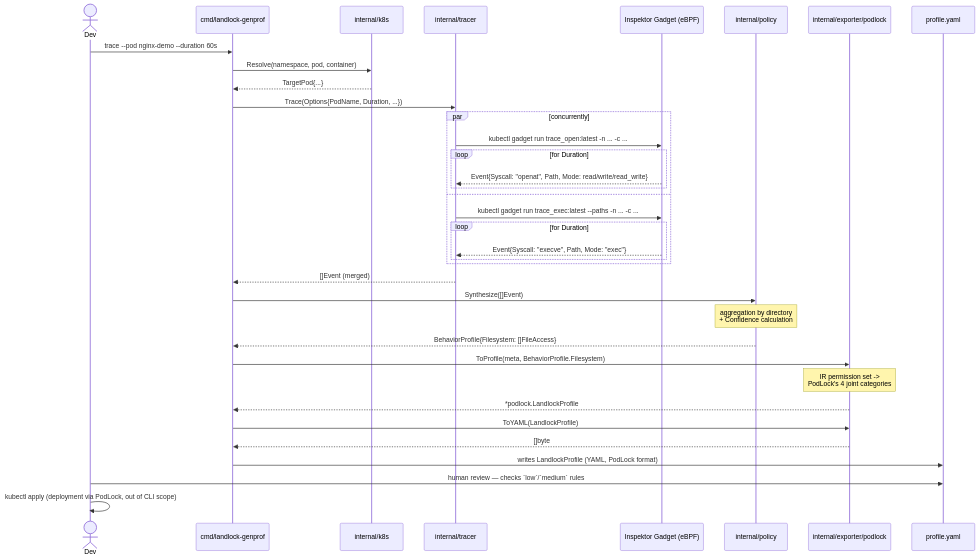
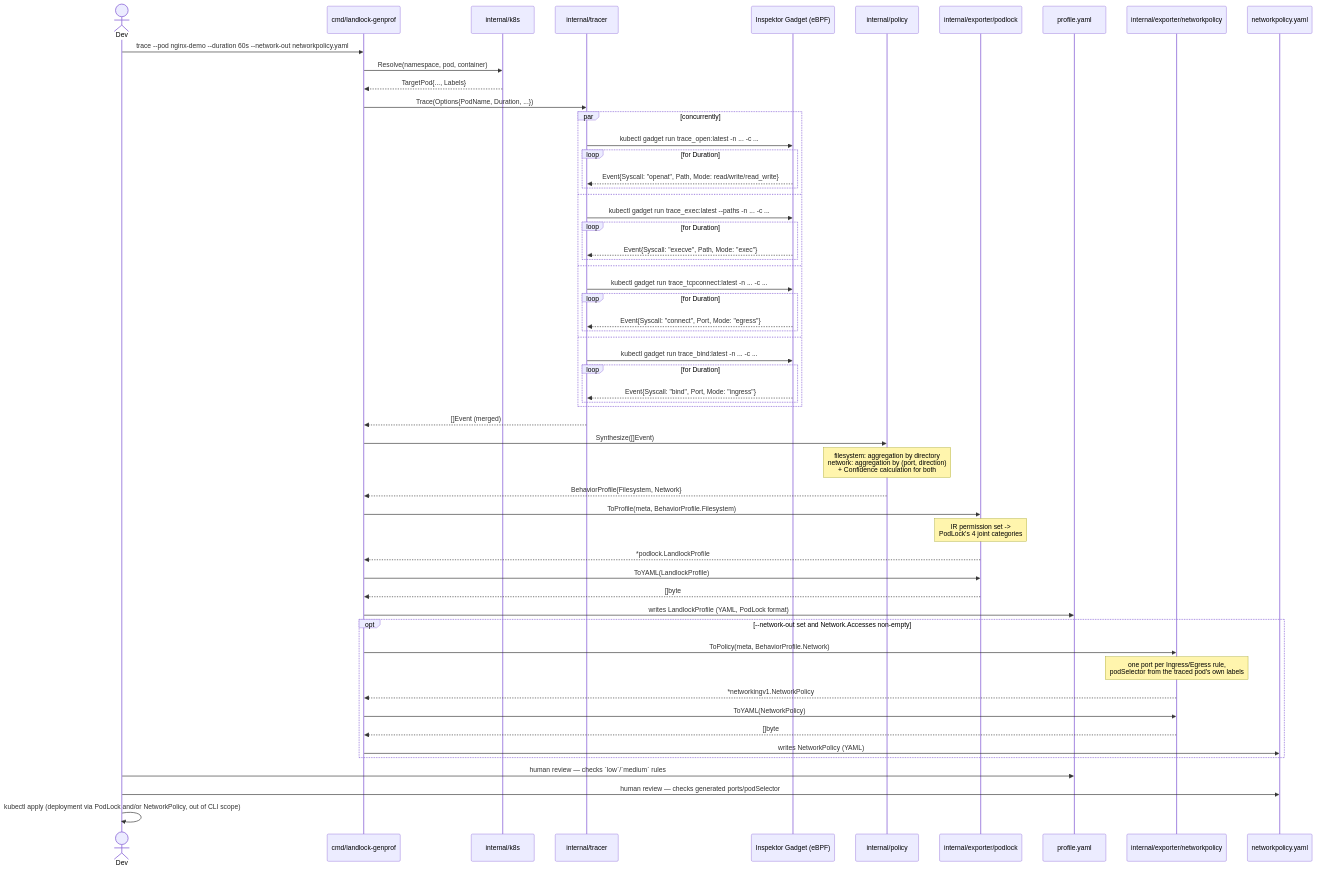
Before and after one commit to idriss-eliguene/landlock-genprof: the second of 3 diagrams in docs/architecture.md, drawn with Mermaid. The commit also changed other lines of this file and 13 other files, not shown here.

First line of the commit message:
feat(network): add trace_tcpconnect/trace_bind tracing and a NetworkPolicy exporter

````diff
--- a/docs/architecture.md
+++ b/docs/architecture.md
@@ -66,39 +76,60 @@
 ```mermaid
 sequenceDiagram
     actor Dev
     participant CLI as cmd/landlock-genprof
     participant K8s as internal/k8s
     participant Tracer as internal/tracer
     participant IG as Inspektor Gadget (eBPF)
     participant Policy as internal/policy
     participant Exp as internal/exporter/podlock
     participant FS as profile.yaml
+    participant NetExp as internal/exporter/networkpolicy
+    participant NetFS as networkpolicy.yaml
 
-    Dev->>CLI: trace --pod nginx-demo --duration 60s
+    Dev->>CLI: trace --pod nginx-demo --duration 60s --network-out networkpolicy.yaml
     CLI->>K8s: Resolve(namespace, pod, container)
-    K8s-->>CLI: TargetPod{...}
+    K8s-->>CLI: TargetPod{..., Labels}
     CLI->>Tracer: Trace(Options{PodName, Duration, ...})
     par concurrently
         Tracer->>IG: kubectl gadget run trace_open:latest -n ... -c ...
         loop for Duration
             IG-->>Tracer: Event{Syscall: "openat", Path, Mode: read/write/read_write}
         end
     and
         Tracer->>IG: kubectl gadget run trace_exec:latest --paths -n ... -c ...
         loop for Duration
             IG-->>Tracer: Event{Syscall: "execve", Path, Mode: "exec"}
         end
+    and
+        Tracer->>IG: kubectl gadget run trace_tcpconnect:latest -n ... -c ...
+        loop for Duration
+            IG-->>Tracer: Event{Syscall: "connect", Port, Mode: "egress"}
+        end
+    and
+        Tracer->>IG: kubectl gadget run trace_bind:latest -n ... -c ...
+        loop for Duration
+            IG-->>Tracer: Event{Syscall: "bind", Port, Mode: "ingress"}
+        end
     end
     Tracer-->>CLI: []Event (merged)
     CLI->>Policy: Synthesize([]Event)
-    Note over Policy: aggregation by directory<br/>+ Confidence calculation
-    Policy-->>CLI: BehaviorProfile{Filesystem: []FileAccess}
+    Note over Policy: filesystem: aggregation by directory<br/>network: aggregation by (port, direction)<br/>+ Confidence calculation for both
+    Policy-->>CLI: BehaviorProfile{Filesystem, Network}
     CLI->>Exp: ToProfile(meta, BehaviorProfile.Filesystem)
     Note over Exp: IR permission set -><br/>PodLock's 4 joint categories
     Exp-->>CLI: *podlock.LandlockProfile
     CLI->>Exp: ToYAML(LandlockProfile)
     Exp-->>CLI: []byte
     CLI->>FS: writes LandlockProfile (YAML, PodLock format)
+    opt --network-out set and Network.Accesses non-empty
+        CLI->>NetExp: ToPolicy(meta, BehaviorProfile.Network)
+        Note over NetExp: one port per Ingress/Egress rule,<br/>podSelector from the traced pod's own labels
+        NetExp-->>CLI: *networkingv1.NetworkPolicy
+        CLI->>NetExp: ToYAML(NetworkPolicy)
+        NetExp-->>CLI: []byte
+        CLI->>NetFS: writes NetworkPolicy (YAML)
+    end
     Dev->>FS: human review — checks `low`/`medium` rules
-    Dev->>Dev: kubectl apply (deployment via PodLock, out of CLI scope)
+    Dev->>NetFS: human review — checks generated ports/podSelector
+    Dev->>Dev: kubectl apply (deployment via PodLock and/or NetworkPolicy, out of CLI scope)
 ```
````
